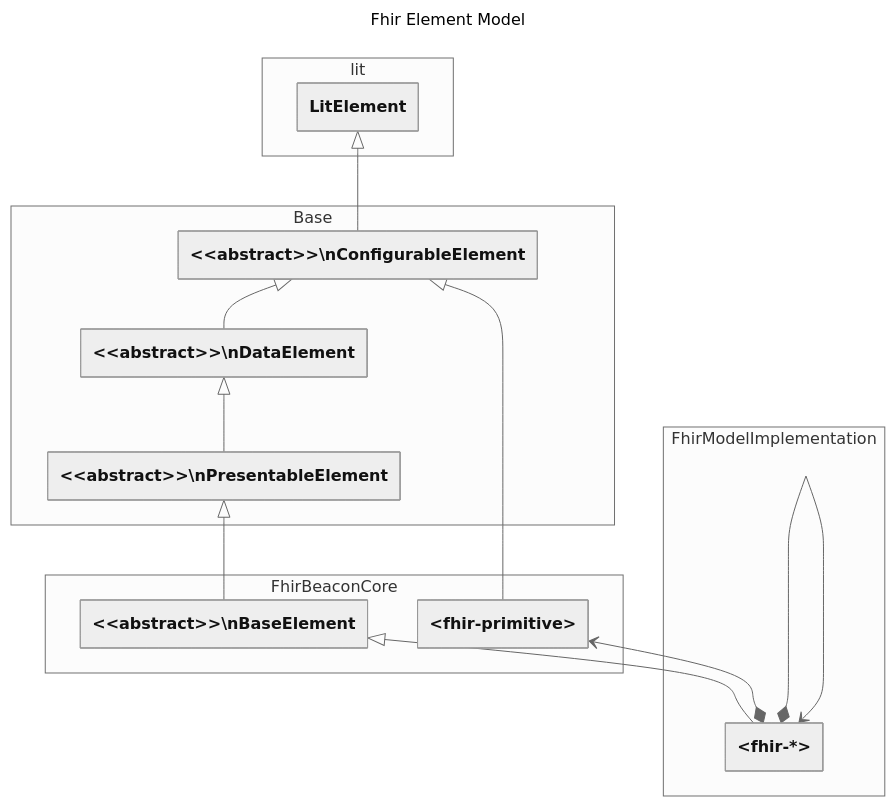
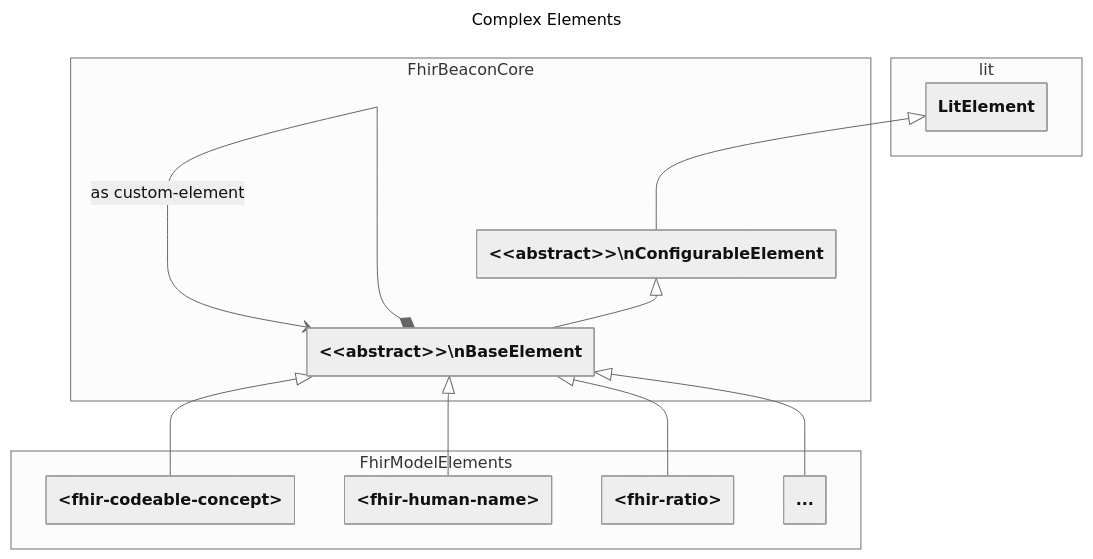
One commit to zenwork/fhir-beacon changed the third of 5 diagrams in packages/library/docs/model.md. Above: the diagram before and after it, drawn with Mermaid. The commit also changed other lines of this file, not shown here.

````diff
--- a/packages/library/docs/model.md
+++ b/packages/library/docs/model.md
@@ -141,43 +79,37 @@
- ```mermaid
+```mermaid
 ---
-title: Fhir Element Model
+title: Complex Elements
 config:
   theme: neutral
   class:
     hideEmptyMembersBox: true
 ---
 classDiagram
     direction BT
 
     namespace lit {
         class LitElement:::dep
     }
 
-    namespace Base {
+    namespace FhirBeaconCore {
         class ConfigurableElement["&lt;&lt;abstract&gt;&gt;\nConfigurableElement"]:::base
-        class DataElement["&lt;&lt;abstract&gt;&gt;\nDataElement"]:::base
-        class PresentableElement["&lt;&lt;abstract&gt;&gt;\nPresentableElement"]:::base
+        class BaseElement["&lt;&lt;abstract&gt;&gt;\nBaseElement"]:::base
     }
 
-    namespace FhirBeaconCore {
-        class BaseElement["&lt;&lt;abstract&gt;&gt;\nBaseElement"]:::base
-
-        class Primitive["&lt;fhir-primitive&gt;"]:::prim
-    }
-
-    namespace FhirModelImplementation {
-        class FhirModelImpl["&lt;fhir-*&gt;"]:::base
+    namespace FhirModelElements {
+        class CodeableConcept["&lt;fhir-codeable-concept&gt;"]:::cmp
+        class HumanName["&lt;fhir-human-name&gt;"]:::cmp
+        class Ratio["&lt;fhir-ratio&gt;"]:::cmp
+        class Etc2["..."]:::cmp
     }
 
     ConfigurableElement --|> LitElement
-    DataElement --|> ConfigurableElement
-    PresentableElement --|> DataElement
-    BaseElement --|> PresentableElement
-    Primitive --|> ConfigurableElement
-    FhirModelImpl --|> BaseElement
-    FhirModelImpl *--> FhirModelImpl
-    FhirModelImpl *--> Primitive
-
+    BaseElement --|> ConfigurableElement
+    BaseElement <--* BaseElement: as custom-element
+    CodeableConcept --|> BaseElement
+    HumanName --|> BaseElement
+    Ratio --|> BaseElement
+    Etc2 --|> BaseElement
 
 
 ```
````
